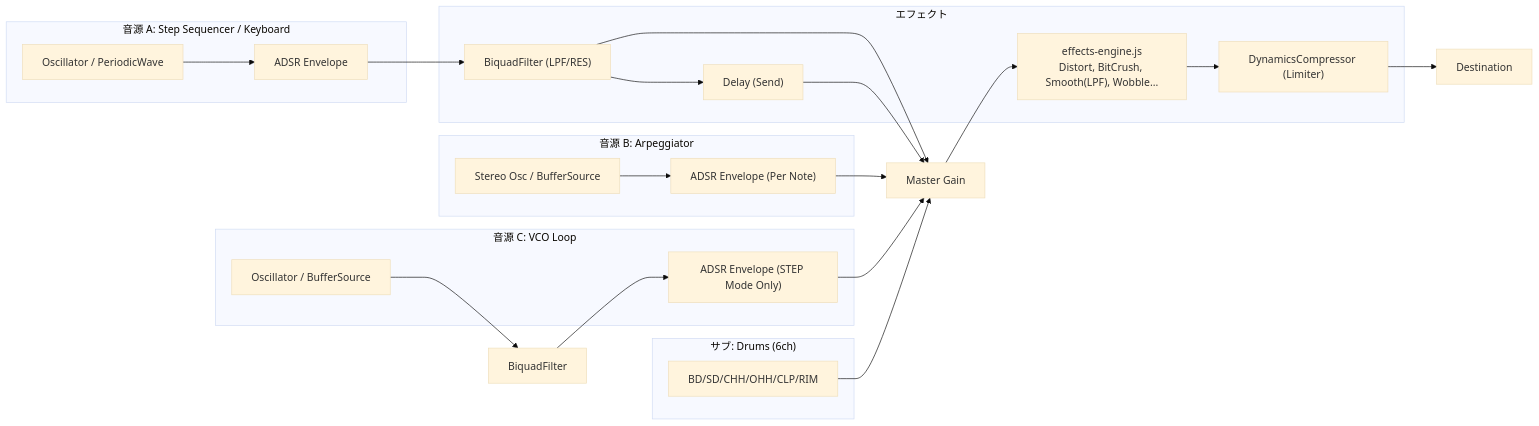
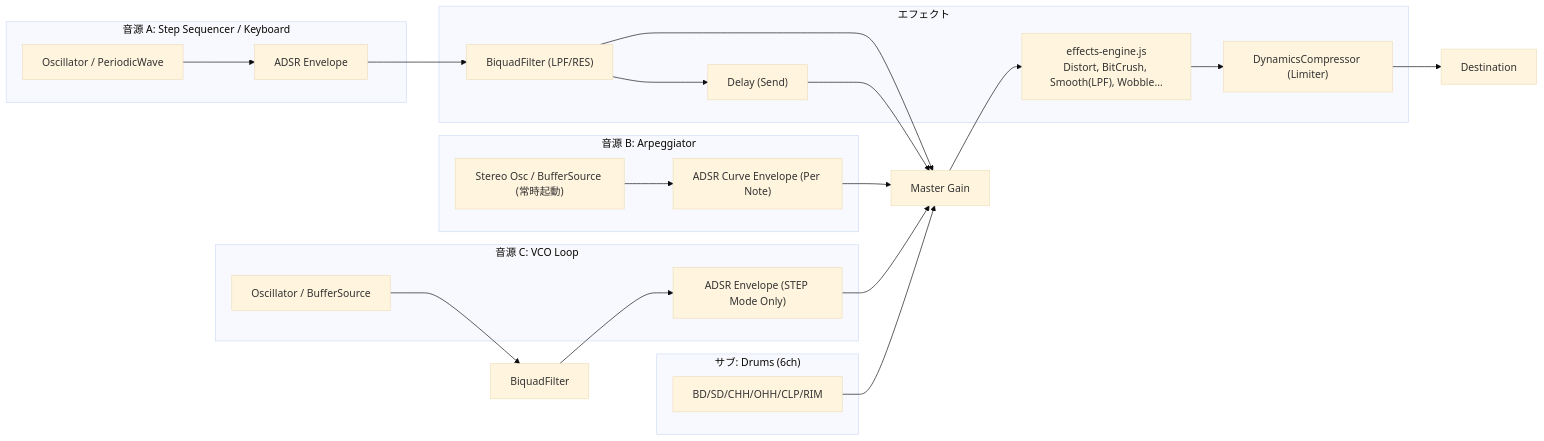
One commit to na-gasena/DrawingLissajousOscilloscopicSynthesizer-II-DLOSy-II changed the second of 2 diagrams in Doc/architecture.md. Above: the diagram before and after it, drawn with Mermaid (base theme). The commit also changed other lines of this file and 5 other files, not shown here.

````diff
--- a/Doc/architecture.md
+++ b/Doc/architecture.md
@@ -131,40 +131,40 @@
 ```mermaid
 graph LR
     subgraph "音源 A: Step Sequencer / Keyboard"
         OSC_A["Oscillator / PeriodicWave"]
         ADSR_A["ADSR Envelope"]
     end
 
     subgraph "音源 B: Arpeggiator"
-        OSC_ARP["Stereo Osc / BufferSource"]
-        ADSR_ARP["ADSR Envelope (Per Note)"]
+        OSC_ARP["Stereo Osc / BufferSource (常時起動)"]
+        ADSR_ARP["ADSR Curve Envelope (Per Note)"]
     end
 
     subgraph "音源 C: VCO Loop"
         OSC_VCO["Oscillator / BufferSource"]
         ADSR_VCO["ADSR Envelope (STEP Mode Only)"]
     end
 
     subgraph "サブ: Drums (6ch)"
         DRUMS["BD/SD/CHH/OHH/CLP/RIM"]
     end
 
     subgraph "エフェクト"
         FLT["BiquadFilter (LPF/RES)"]
         DLY_SEND["Delay (Send)"]
         MASTER_LIMIT["DynamicsCompressor (Limiter)"]
         FX_CHAIN["effects-engine.js<br/>Distort, BitCrush, Smooth(LPF), Wobble..."]
     end
 
     MASTER["Master Gain"]
     OUT["Destination"]
 
     OSC_A --> ADSR_A --> FLT
     OSC_ARP --> ADSR_ARP --> MASTER
     OSC_VCO --> FLT_VCO["BiquadFilter"] --> ADSR_VCO --> MASTER
     DRUMS --> MASTER
 
     FLT --> MASTER
     FLT --> DLY_SEND --> MASTER
     MASTER --> FX_CHAIN --> MASTER_LIMIT --> OUT
 ```
````
